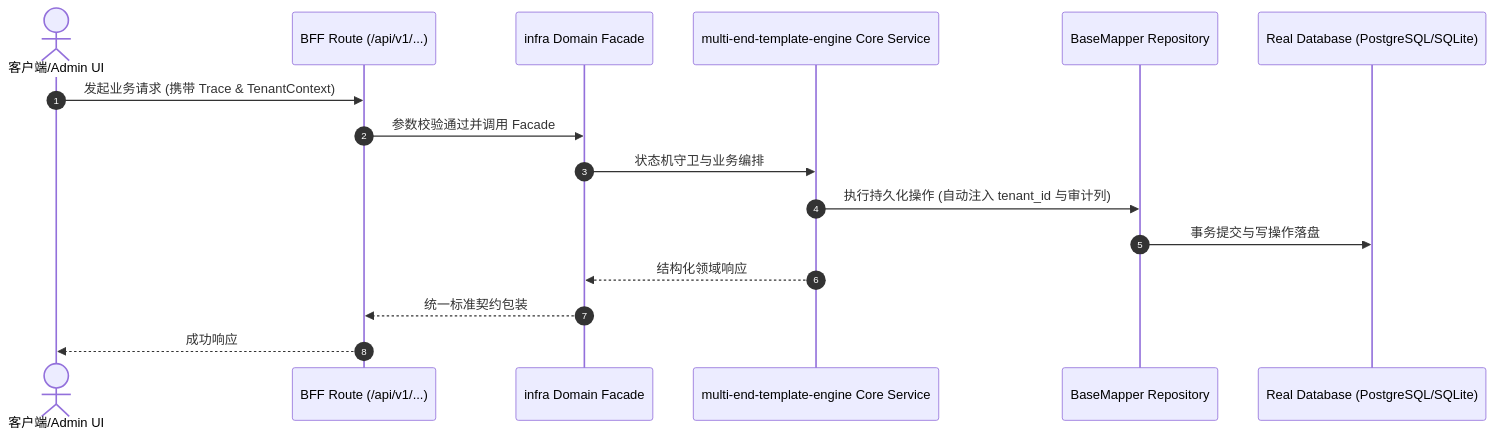
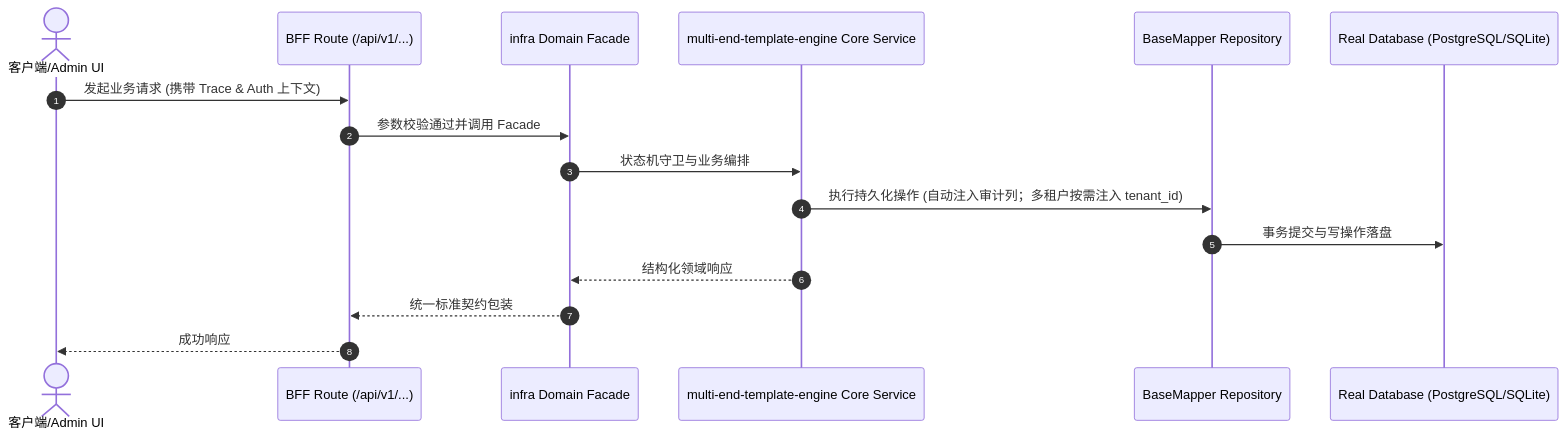
One commit to xaicd/cooliebase-all changed the diagram in docs/specs/infra/multi-end-template-engine/design.md. Above: the diagram before and after it, drawn with Mermaid. The commit also changed other lines of this file and 18 other files, not shown here.

Commit message:
[T10] 通用蓝图底座编译器与Codegen模板引擎升级：面向应届生与27B模型的通用状态机全栈展开、跨单据一键转化原语、表格/看板双视图与同义词防呆自愈诊断器

````diff
--- a/docs/specs/infra/multi-end-template-engine/design.md
+++ b/docs/specs/infra/multi-end-template-engine/design.md
@@ -21,19 +21,19 @@
 ```mermaid
 sequenceDiagram
     autonumber
     actor User as 客户端/Admin UI
     participant BFF as BFF Route (/api/v1/...)
     participant Facade as infra Domain Facade
     participant Service as multi-end-template-engine Core Service
     participant Repo as BaseMapper Repository
     participant DB as Real Database (PostgreSQL/SQLite)
 
-    User->>BFF: 发起业务请求 (携带 Trace & TenantContext)
+    User->>BFF: 发起业务请求 (携带 Trace & Auth 上下文)
     BFF->>Facade: 参数校验通过并调用 Facade
     Facade->>Service: 状态机守卫与业务编排
-    Service->>Repo: 执行持久化操作 (自动注入 tenant_id 与审计列)
+    Service->>Repo: 执行持久化操作 (自动注入审计列；多租户按需注入 tenant_id)
     Repo->>DB: 事务提交与写操作落盘
     Service-->>Facade: 结构化领域响应
     Facade-->>BFF: 统一标准契约包装
     BFF-->>User: 成功响应
 ```
````
